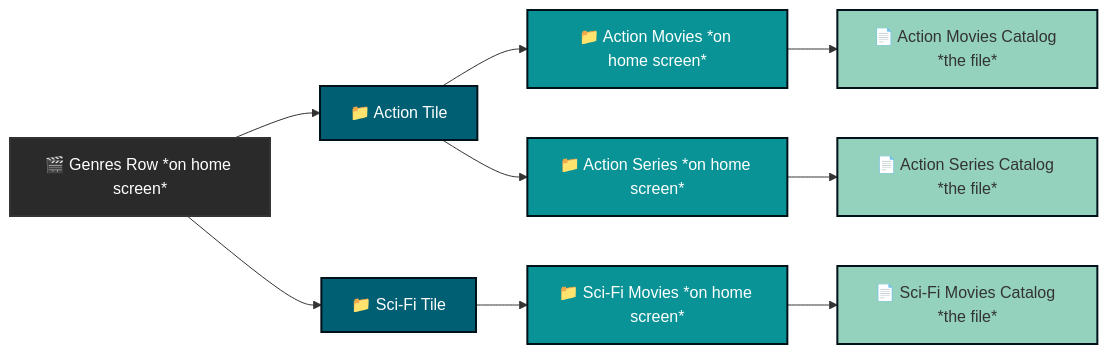
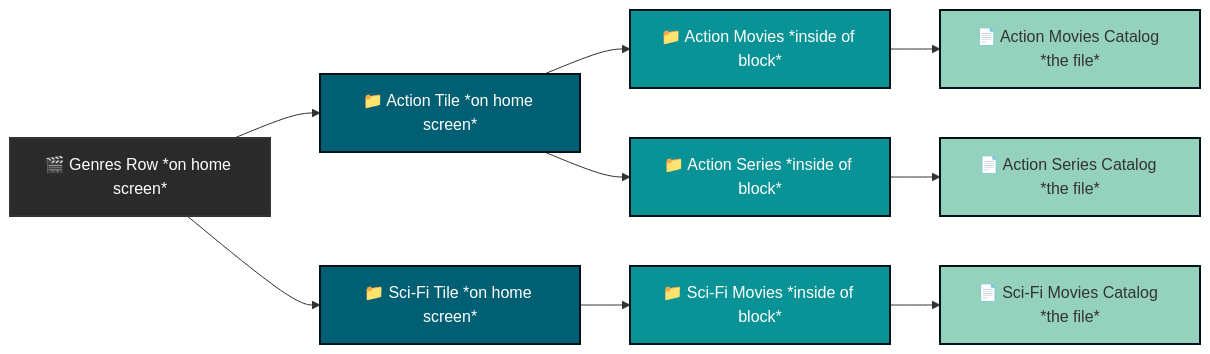
Before and after one commit to sappy-69/Nuvio-Wiki: the diagram in docs/settings/collections.md, drawn with Mermaid.

````diff
--- a/docs/settings/collections.md
+++ b/docs/settings/collections.md
@@ -24,27 +24,27 @@
 ```mermaid
 graph LR
     %% Level 1: Collection Row on Home Screen
-    Row[🎬 Genres Row *on home screen*] --> Tile1[📁 Action Tile]
-    Row --> Tile2[📁 Sci-Fi Tile]
+    Row[🎬 Genres Row *on home screen*] --> Tile1[📁 Action Tile *on home screen*]
+    Row --> Tile2[📁 Sci-Fi Tile *on home screen*]
 
     %% Level 2 & 3: Tiles containing sub-folders
-    Tile1 --> Action_Movies_SubFolder[📁 Action Movies *on home screen*]
-    Tile1 --> Action_Shows_SubFolder[📁 Action Series *on home screen*]
-    Tile2 --> SciFi_Movies_SubFolder[📁 Sci-Fi Movies *on home screen*]
+    Tile1 --> Action_Movies_SubFolder[📁 Action Movies *inside of block*]
+    Tile1 --> Action_Shows_SubFolder[📁 Action Series *inside of block*]
+    Tile2 --> SciFi_Movies_SubFolder[📁 Sci-Fi Movies *inside of block*]
 
     %% Level 4: The final files/catalogs
     Action_Movies_SubFolder --> Action_Movies_Catalog[📄 Action Movies Catalog *the file*]
     Action_Shows_SubFolder --> Action_Shows_Catalog[📄 Action Series Catalog *the file*]
     SciFi_Movies_SubFolder --> SciFi_Movies_Catalog[📄 Sci-Fi Movies Catalog *the file*]
 
     %% Styling
     classDef row fill:#2a2a2a,stroke:#333,stroke-width:2px,color:#fff
     classDef tile fill:#005f73,stroke:#001219,stroke-width:2px,color:#fff
     classDef subfolder fill:#0a9396,stroke:#001219,stroke-width:2px,color:#fff
     classDef file fill:#94d2bd,stroke:#001219,stroke-width:2px,color:#333
 
     class Row row
     class Tile1,Tile2 tile
     class Action_Movies_SubFolder,Action_Shows_SubFolder,SciFi_Movies_SubFolder subfolder
     class Action_Movies_Catalog,Action_Shows_Catalog,SciFi_Movies_Catalog file
 ```
````
